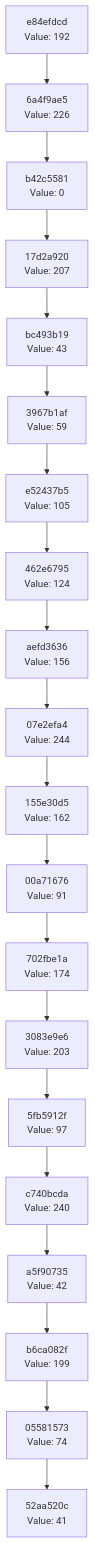
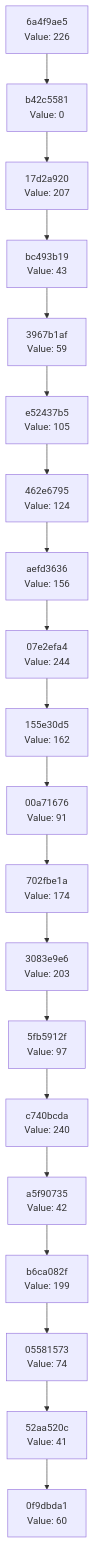
The diagram in docs/CHAIN_VISUALIZATION.md (Abhisheksinha1506/hash-chain-evolver), drawn with Mermaid before and after one commit. The commit also changed 3 other files, not shown here.

````diff
--- a/docs/CHAIN_VISUALIZATION.md
+++ b/docs/CHAIN_VISUALIZATION.md
@@ -3,42 +3,42 @@
 ```mermaid
 graph TD
-    C0["52aa520c<br/>Value: 41"]
-    C1["05581573<br/>Value: 74"]
+    C0["0f9dbda1<br/>Value: 60"]
+    C1["52aa520c<br/>Value: 41"]
     C1 --> C0
-    C2["b6ca082f<br/>Value: 199"]
+    C2["05581573<br/>Value: 74"]
     C2 --> C1
-    C3["a5f90735<br/>Value: 42"]
+    C3["b6ca082f<br/>Value: 199"]
     C3 --> C2
-    C4["c740bcda<br/>Value: 240"]
+    C4["a5f90735<br/>Value: 42"]
     C4 --> C3
-    C5["5fb5912f<br/>Value: 97"]
+    C5["c740bcda<br/>Value: 240"]
     C5 --> C4
-    C6["3083e9e6<br/>Value: 203"]
+    C6["5fb5912f<br/>Value: 97"]
     C6 --> C5
-    C7["702fbe1a<br/>Value: 174"]
+    C7["3083e9e6<br/>Value: 203"]
     C7 --> C6
-    C8["00a71676<br/>Value: 91"]
+    C8["702fbe1a<br/>Value: 174"]
     C8 --> C7
-    C9["155e30d5<br/>Value: 162"]
+    C9["00a71676<br/>Value: 91"]
     C9 --> C8
-    C10["07e2efa4<br/>Value: 244"]
+    C10["155e30d5<br/>Value: 162"]
     C10 --> C9
-    C11["aefd3636<br/>Value: 156"]
+    C11["07e2efa4<br/>Value: 244"]
     C11 --> C10
-    C12["462e6795<br/>Value: 124"]
+    C12["aefd3636<br/>Value: 156"]
     C12 --> C11
-    C13["e52437b5<br/>Value: 105"]
+    C13["462e6795<br/>Value: 124"]
     C13 --> C12
-    C14["3967b1af<br/>Value: 59"]
+    C14["e52437b5<br/>Value: 105"]
     C14 --> C13
-    C15["bc493b19<br/>Value: 43"]
+    C15["3967b1af<br/>Value: 59"]
     C15 --> C14
-    C16["17d2a920<br/>Value: 207"]
+    C16["bc493b19<br/>Value: 43"]
     C16 --> C15
-    C17["b42c5581<br/>Value: 0"]
+    C17["17d2a920<br/>Value: 207"]
     C17 --> C16
-    C18["6a4f9ae5<br/>Value: 226"]
+    C18["b42c5581<br/>Value: 0"]
     C18 --> C17
-    C19["e84efdcd<br/>Value: 192"]
+    C19["6a4f9ae5<br/>Value: 226"]
     C19 --> C18
 ```
````
